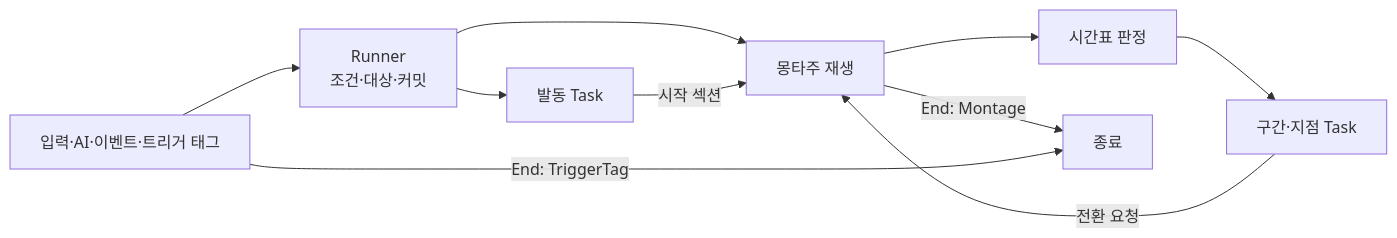
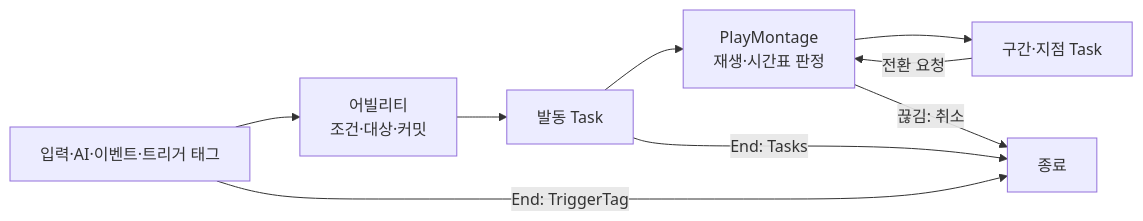
One commit to Woogl/Ag changed the diagram in Docs/Program/어빌리티와 AbilityTask.md. Above: the diagram before and after it, drawn with Mermaid. The commit also changed other lines of this file and 146 other files, not shown here.

````diff
--- a/Docs/Program/어빌리티와 AbilityTask.md
+++ b/Docs/Program/어빌리티와 AbilityTask.md
@@ -26,12 +31,11 @@
 ```mermaid
 flowchart LR
-    I["입력·AI·이벤트·트리거 태그"] --> R["Runner<br>조건·대상·커밋"]
+    I["입력·AI·이벤트·트리거 태그"] --> R["어빌리티<br>조건·대상·커밋"]
     R --> A["발동 Task"]
-    R --> M["몽타주 재생"]
-    A -->|"시작 섹션"| M
-    M --> T["시간표 판정"]
-    T --> W["구간·지점 Task"]
-    W -->|"전환 요청"| M
-    M -->|"End: Montage"| E["종료"]
+    A --> P["PlayMontage<br>재생·시간표 판정"]
+    P --> W["구간·지점 Task"]
+    W -->|"전환 요청"| P
+    P -->|"끊김: 취소"| E["종료"]
+    A -->|"End: Tasks"| E
     I -->|"End: TriggerTag"| E
 ```
````
